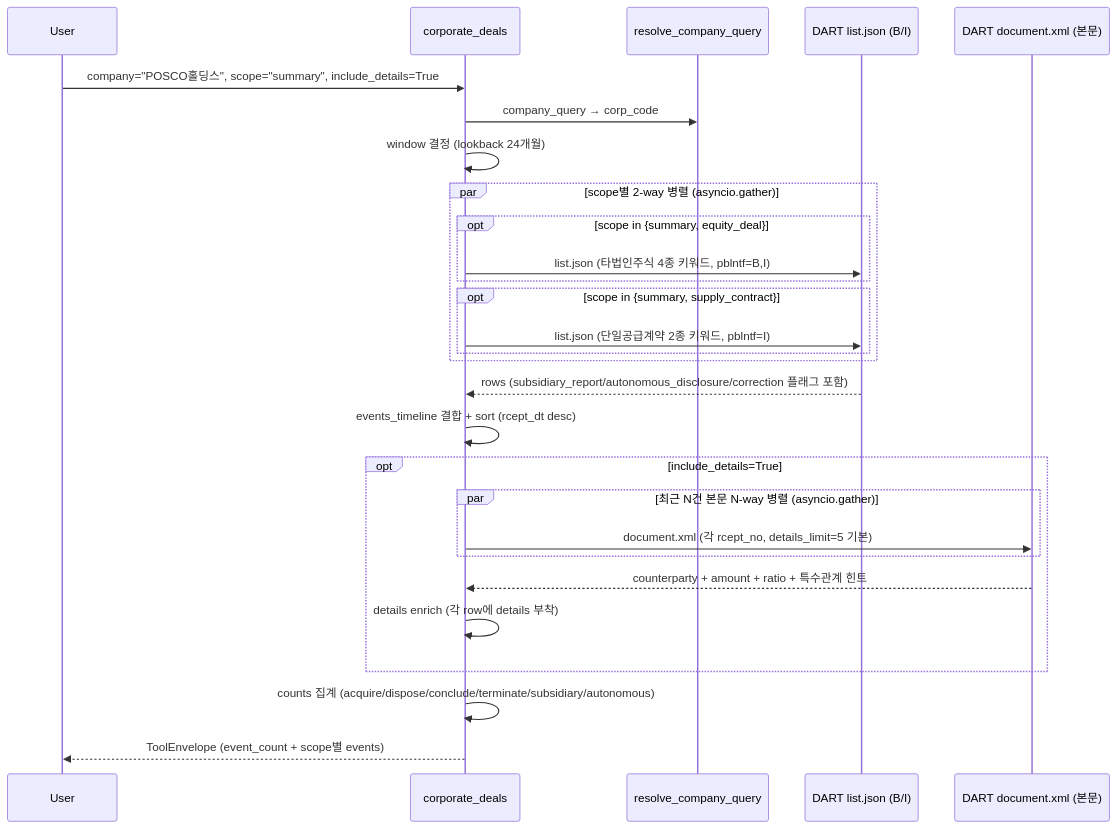
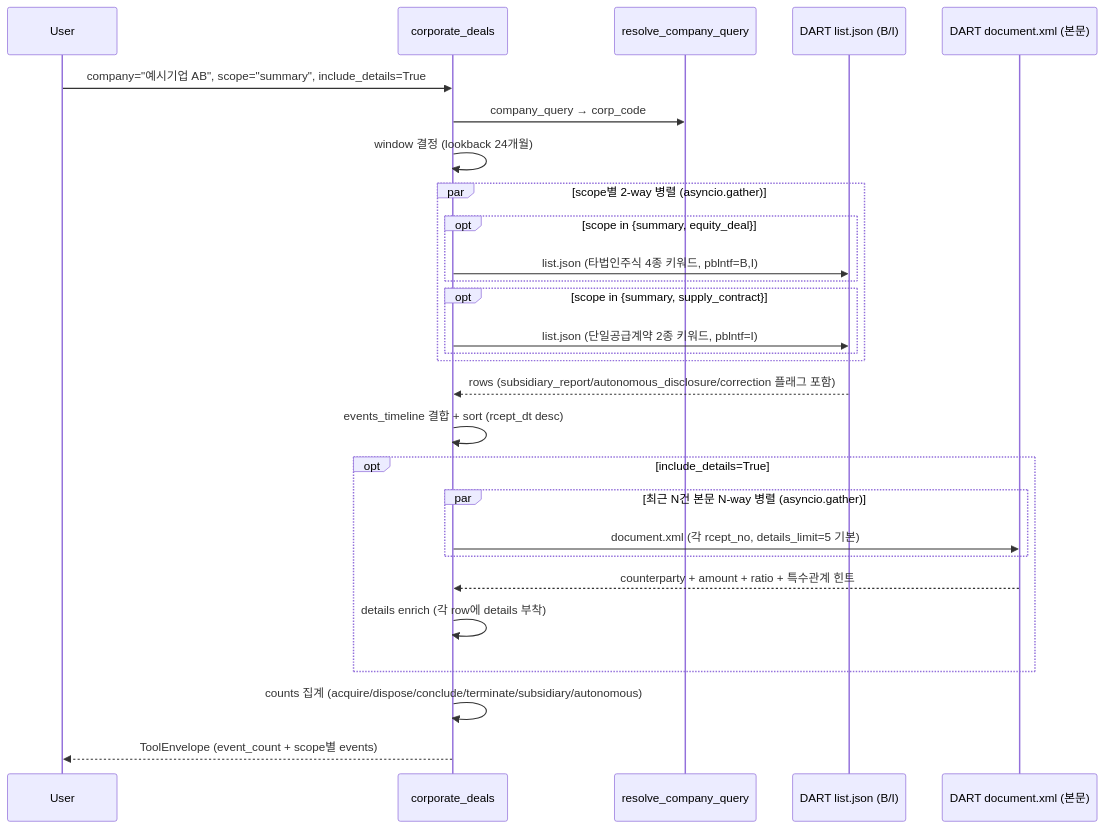
The diagram in wiki/tools/corporate_deals.md (MarcoYou/open-proxy-mcp), drawn with Mermaid before and after one commit. The commit also changed other lines of this file and 156 other files, not shown here.

````diff
--- a/wiki/tools/corporate_deals.md
+++ b/wiki/tools/corporate_deals.md
@@ -112,30 +114,30 @@
 ```mermaid
 sequenceDiagram
     participant U as User
     participant T as corporate_deals
     participant R as resolve_company_query
     participant DL as DART list.json (B/I)
     participant DX as DART document.xml (본문)
-    U->>T: company="POSCO홀딩스", scope="summary", include_details=True
+    U->>T: company="예시기업 AB", scope="summary", include_details=True
     T->>R: company_query → corp_code
     T->>T: window 결정 (lookback 24개월)
     par scope별 2-way 병렬 (asyncio.gather)
         opt scope in {summary, equity_deal}
             T->>DL: list.json (타법인주식 4종 키워드, pblntf=B,I)
         end
         opt scope in {summary, supply_contract}
             T->>DL: list.json (단일공급계약 2종 키워드, pblntf=I)
         end
     end
     DL-->>T: rows (subsidiary_report/autonomous_disclosure/correction 플래그 포함)
     T->>T: events_timeline 결합 + sort (rcept_dt desc)
     opt include_details=True
         par 최근 N건 본문 N-way 병렬 (asyncio.gather)
             T->>DX: document.xml (각 rcept_no, details_limit=5 기본)
         end
         DX-->>T: counterparty + amount + ratio + 특수관계 힌트
         T->>T: details enrich (각 row에 details 부착)
     end
     T->>T: counts 집계 (acquire/dispose/conclude/terminate/subsidiary/autonomous)
     T-->>U: ToolEnvelope (event_count + scope별 events)
 ```
````
